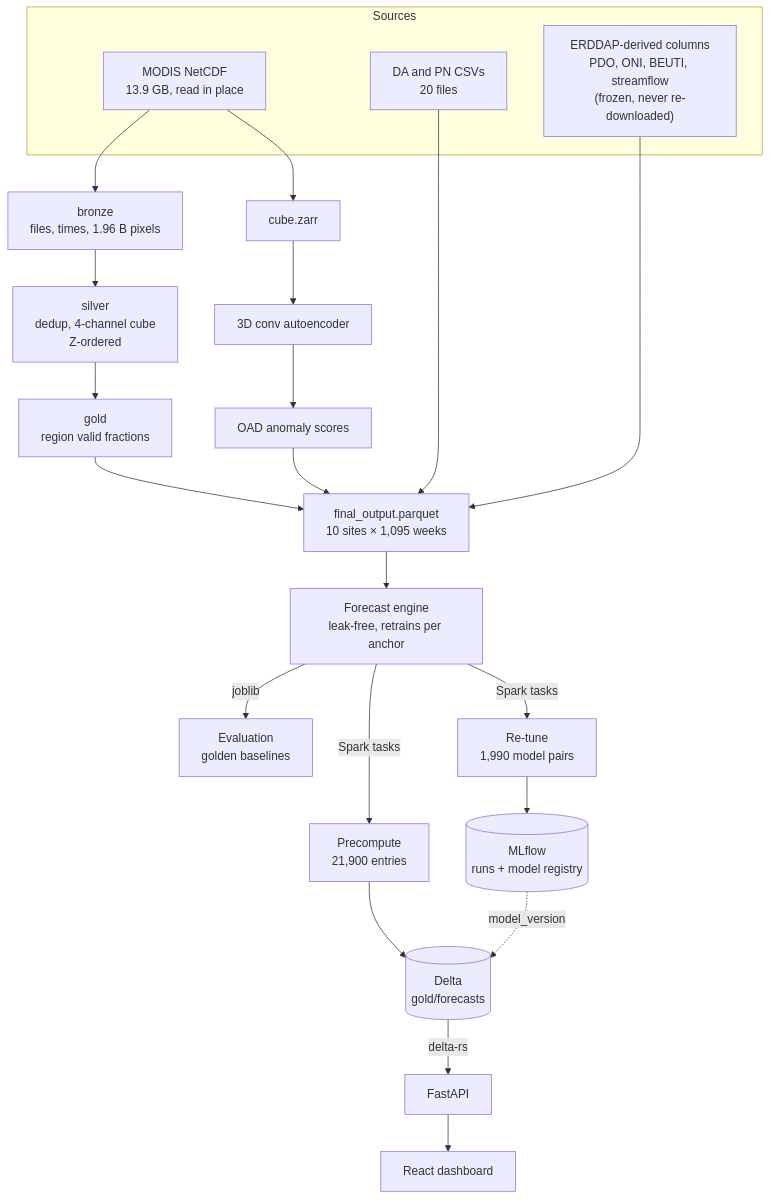
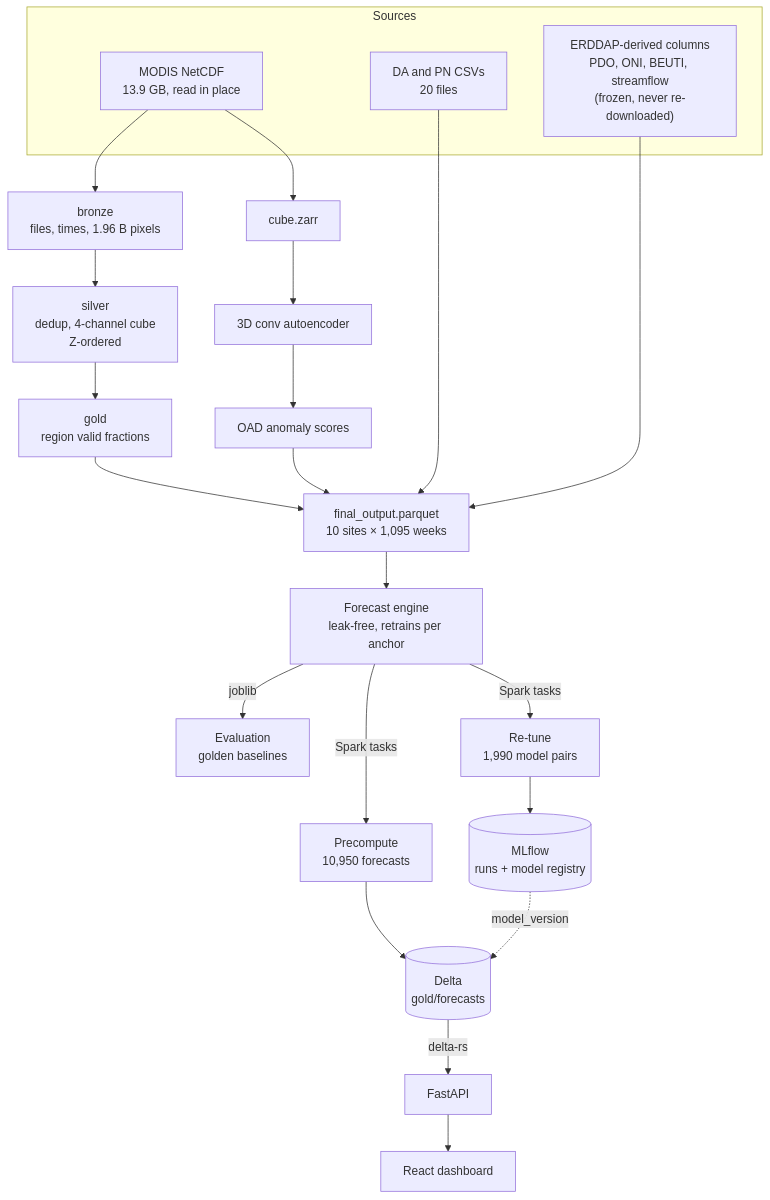
The diagram in docs/DATA_ENGINEERING.md (ansoncchen/DATect-Forecasting-Domoic-Acid), drawn with Mermaid before and after one commit. The commit also changed other lines of this file and 19 other files, not shown here.

````diff
--- a/docs/DATA_ENGINEERING.md
+++ b/docs/DATA_ENGINEERING.md
@@ -37,24 +37,24 @@
 ```mermaid
 flowchart TB
   subgraph sources["Sources"]
     nc["MODIS NetCDF<br/>13.9 GB, read in place"]
     csv["DA and PN CSVs<br/>20 files"]
     env["ERDDAP-derived columns<br/>PDO, ONI, BEUTI, streamflow<br/>(frozen, never re-downloaded)"]
   end
   nc --> bronze["bronze<br/>files, times, 1.96 B pixels"]
   bronze --> silver["silver<br/>dedup, 4-channel cube<br/>Z-ordered"]
   silver --> gold["gold<br/>region valid fractions"]
   nc --> zarr["cube.zarr"] --> ae["3D conv autoencoder"] --> oad["OAD anomaly scores"]
   gold --> features["final_output.parquet<br/>10 sites × 1,095 weeks"]
   oad --> features
   csv --> features
   env --> features
   features --> engine["Forecast engine<br/>leak-free, retrains per anchor"]
   engine -- joblib --> evals["Evaluation<br/>golden baselines"]
   engine -- Spark tasks --> retune["Re-tune<br/>1,990 model pairs"]
-  engine -- Spark tasks --> pre["Precompute<br/>21,900 entries"]
+  engine -- Spark tasks --> pre["Precompute<br/>10,950 forecasts"]
   retune --> mlflow[("MLflow<br/>runs + model registry")]
   pre --> table[("Delta<br/>gold/forecasts")]
   mlflow -. model_version .-> table
   table -- delta-rs --> api["FastAPI"] --> ui["React dashboard"]
 ```
````
